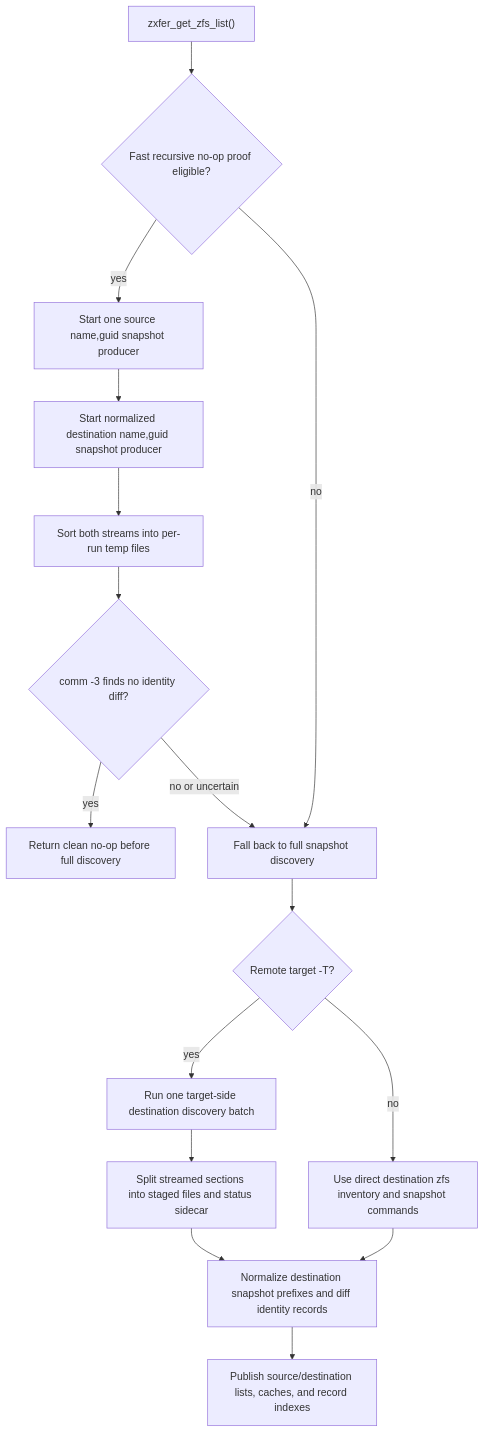
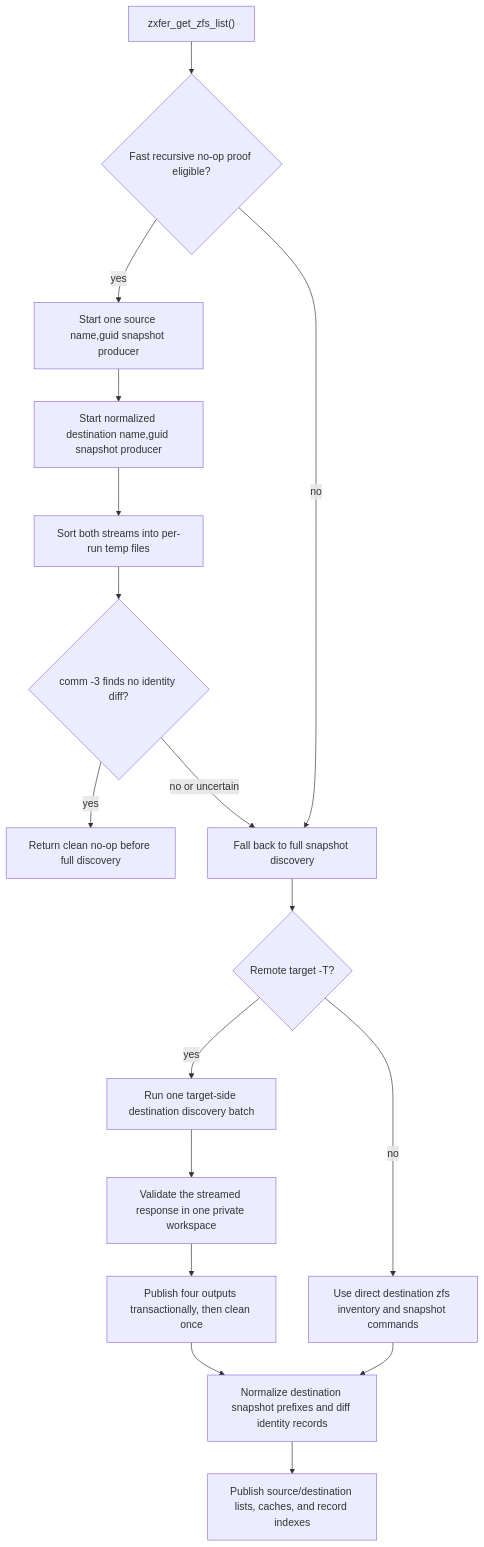
One commit to totalAldo/zxfer changed the second of 8 diagrams in docs/architecture.md. Above: the diagram before and after it, drawn with Mermaid. The commit also changed other lines of this file and 84 other files, not shown here.

````diff
--- a/docs/architecture.md
+++ b/docs/architecture.md
@@ -364,18 +427,19 @@
 ```mermaid
 flowchart TD
     A["zxfer_get_zfs_list()"] --> B{"Fast recursive no-op proof eligible?"}
     B -- "yes" --> C["Start one source name,guid snapshot producer"]
     C --> D["Start normalized destination name,guid snapshot producer"]
     D --> E["Sort both streams into per-run temp files"]
     E --> F{"comm -3 finds no identity diff?"}
     F -- "yes" --> G["Return clean no-op before full discovery"]
     F -- "no or uncertain" --> H["Fall back to full snapshot discovery"]
     B -- "no" --> H
     H --> I{"Remote target -T?"}
     I -- "yes" --> J["Run one target-side destination discovery batch"]
-    J --> K["Split streamed sections into staged files and status sidecar"]
+    J --> K["Validate the streamed response in one private workspace"]
     I -- "no" --> L["Use direct destination zfs inventory and snapshot commands"]
-    K --> M["Normalize destination snapshot prefixes and diff identity records"]
+    K --> P["Publish four outputs transactionally, then clean once"]
+    P --> M["Normalize destination snapshot prefixes and diff identity records"]
     L --> M
     M --> N["Publish source/destination lists, caches, and record indexes"]
 ```
````
